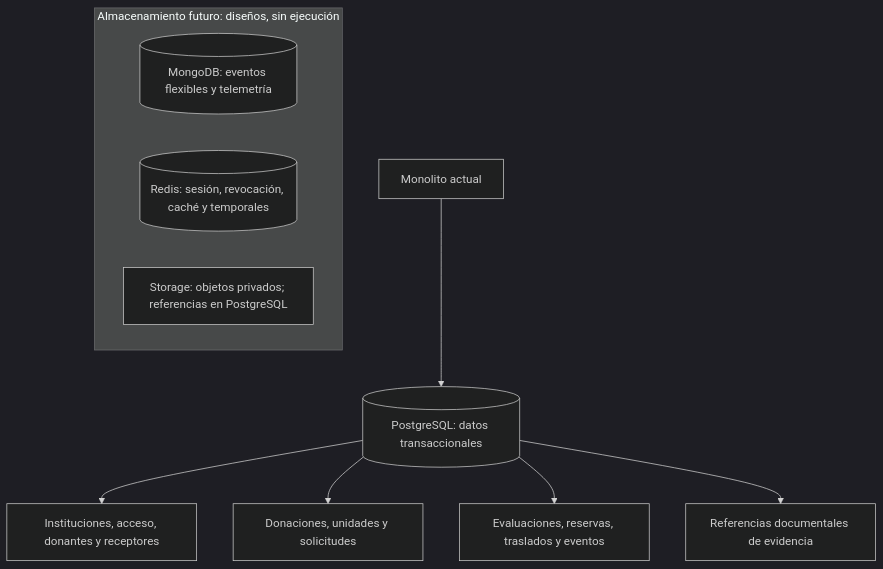
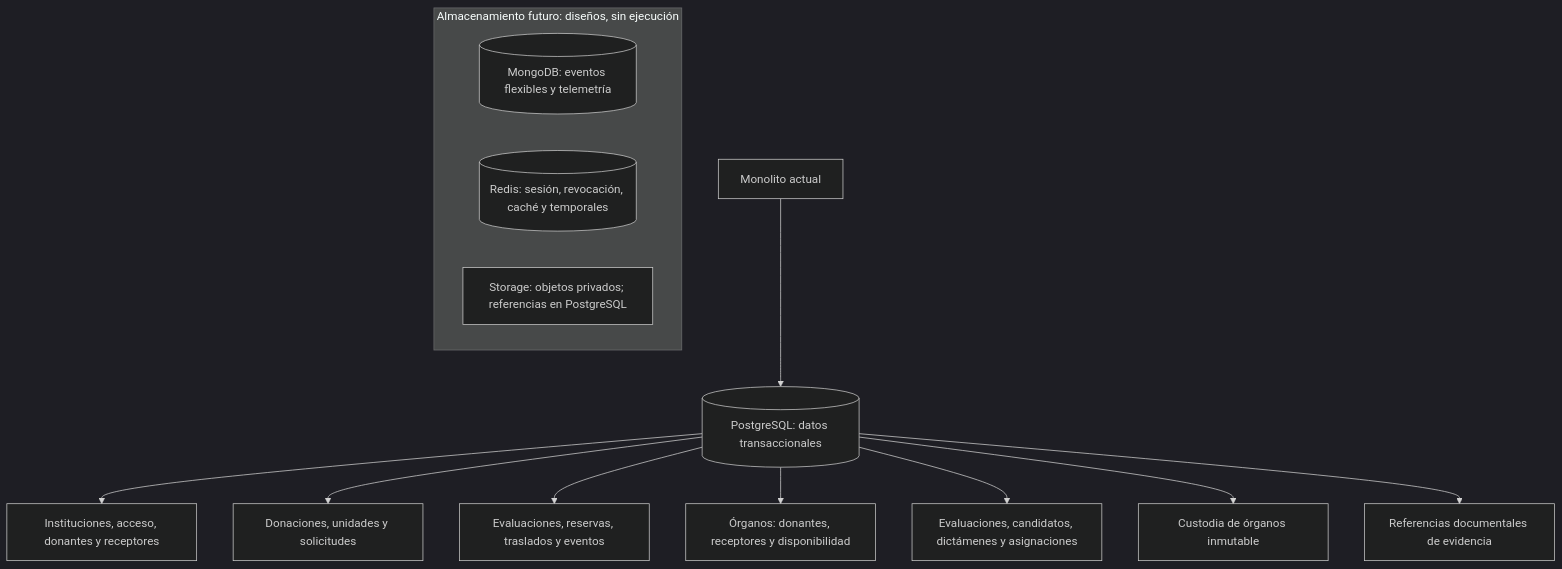
The diagram in documentation/report-assets/diagrams/08_almacenamiento.mmd (victor-berlanga/Red-House), drawn with Mermaid (dark theme) before and after one commit. The commit also changed 454 other files, not shown here.

```diff
--- a/documentation/report-assets/diagrams/08_almacenamiento.mmd
+++ b/documentation/report-assets/diagrams/08_almacenamiento.mmd
@@ -1,11 +1,14 @@
 flowchart TB
   W[Monolito actual] --> P[(PostgreSQL: datos transaccionales)]
   P --> CORE[Instituciones, acceso, donantes y receptores]
   P --> FLOW[Donaciones, unidades y solicitudes]
   P --> TRACE[Evaluaciones, reservas, traslados y eventos]
+  P --> ORG[Órganos: donantes, receptores y disponibilidad]
+  P --> OE[Evaluaciones, candidatos, dictámenes y asignaciones]
+  P --> OC[Custodia de órganos inmutable]
   P --> REF[Referencias documentales de evidencia]
   subgraph FUT[Almacenamiento futuro: diseños, sin ejecución]
     M[(MongoDB: eventos flexibles y telemetría)]
     R[(Redis: sesión, revocación, caché y temporales)]
     G[Storage: objetos privados; referencias en PostgreSQL]
   end
```
